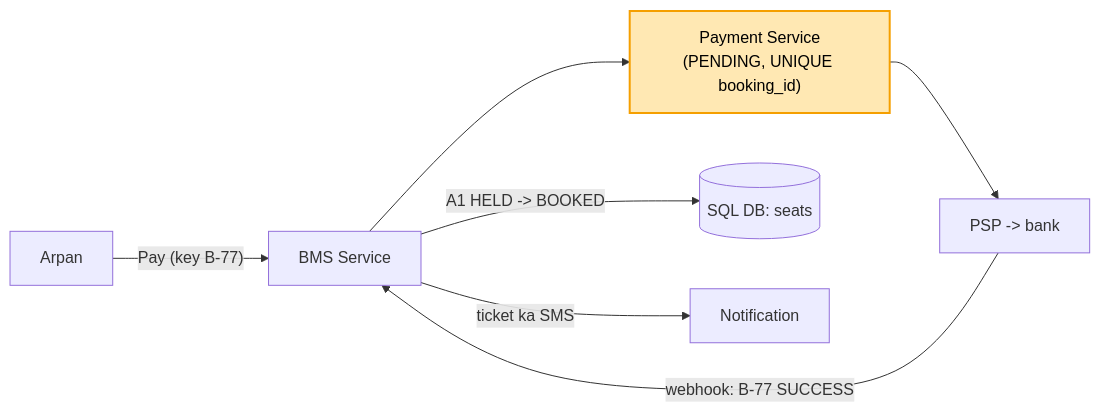
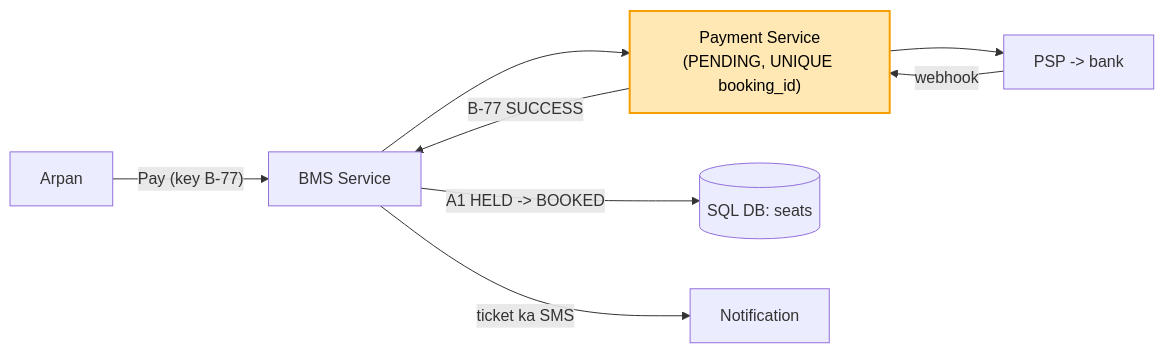
One commit to ArpanMaheshwari144/Prep changed the fifth of 5 diagrams in 04_HLD/SYSTEM_DESIGNS/09_bookmyshow/09_bookmyshow.md. Above: the diagram before and after it, drawn with Mermaid. The commit also changed other lines of this file and 9 other files, not shown here.

Commit message:
audit: 01-12 ki seedhi galtiyan (number, naam, diagram teer, chhote shabd, Redis WAIT)

````diff
--- a/04_HLD/SYSTEM_DESIGNS/09_bookmyshow/09_bookmyshow.md
+++ b/04_HLD/SYSTEM_DESIGNS/09_bookmyshow/09_bookmyshow.md
@@ -267,10 +268,11 @@
 ```mermaid
 flowchart LR
     U["Arpan"] -- "Pay (key B-77)" --> S["BMS Service"]
     S --> P["Payment Service<br/>(PENDING, UNIQUE booking_id)"]
     P --> G["PSP -> bank"]
-    G -- "webhook: B-77 SUCCESS" --> S
+    G -- "webhook" --> P
+    P -- "B-77 SUCCESS" --> S
     S -- "A1 HELD -> BOOKED" --> D[("SQL DB: seats")]
     S -- "ticket ka SMS" --> N["Notification"]
     style P fill:#ffe8b3,stroke:#f59f00,stroke-width:2px,color:#000
 ```
````
